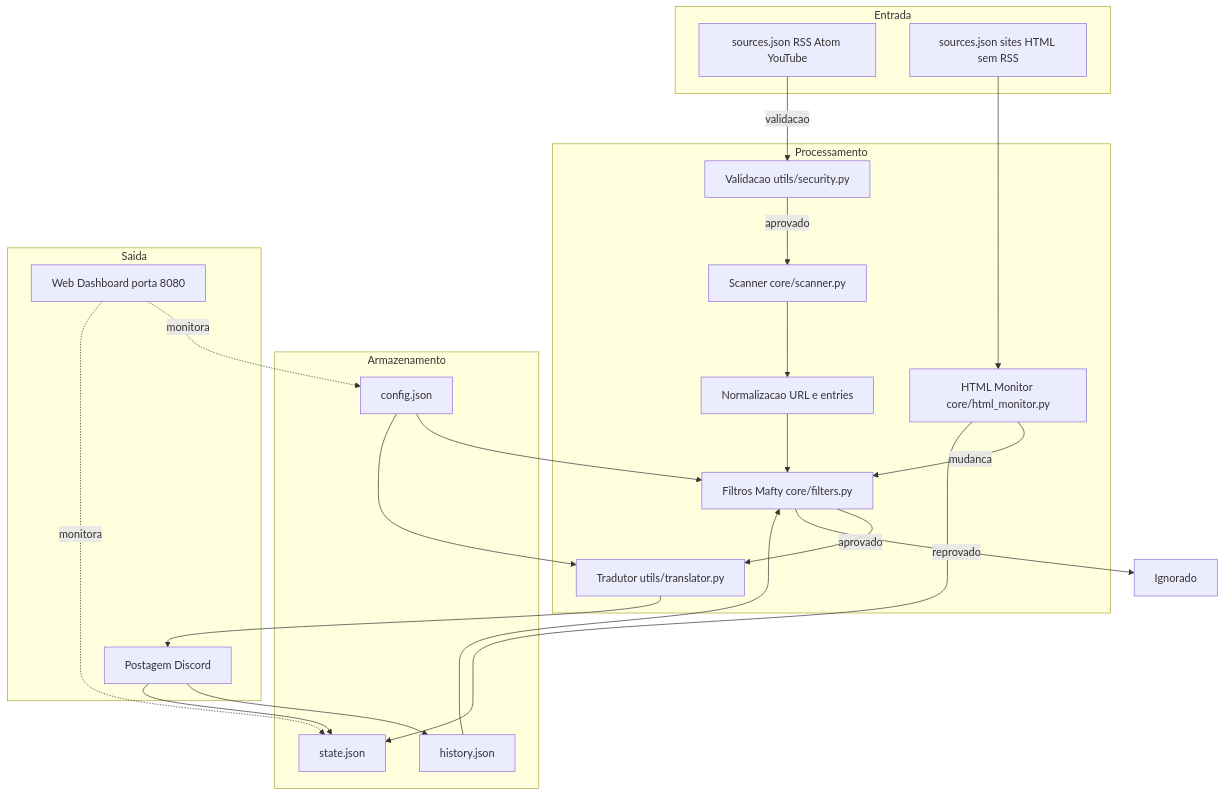
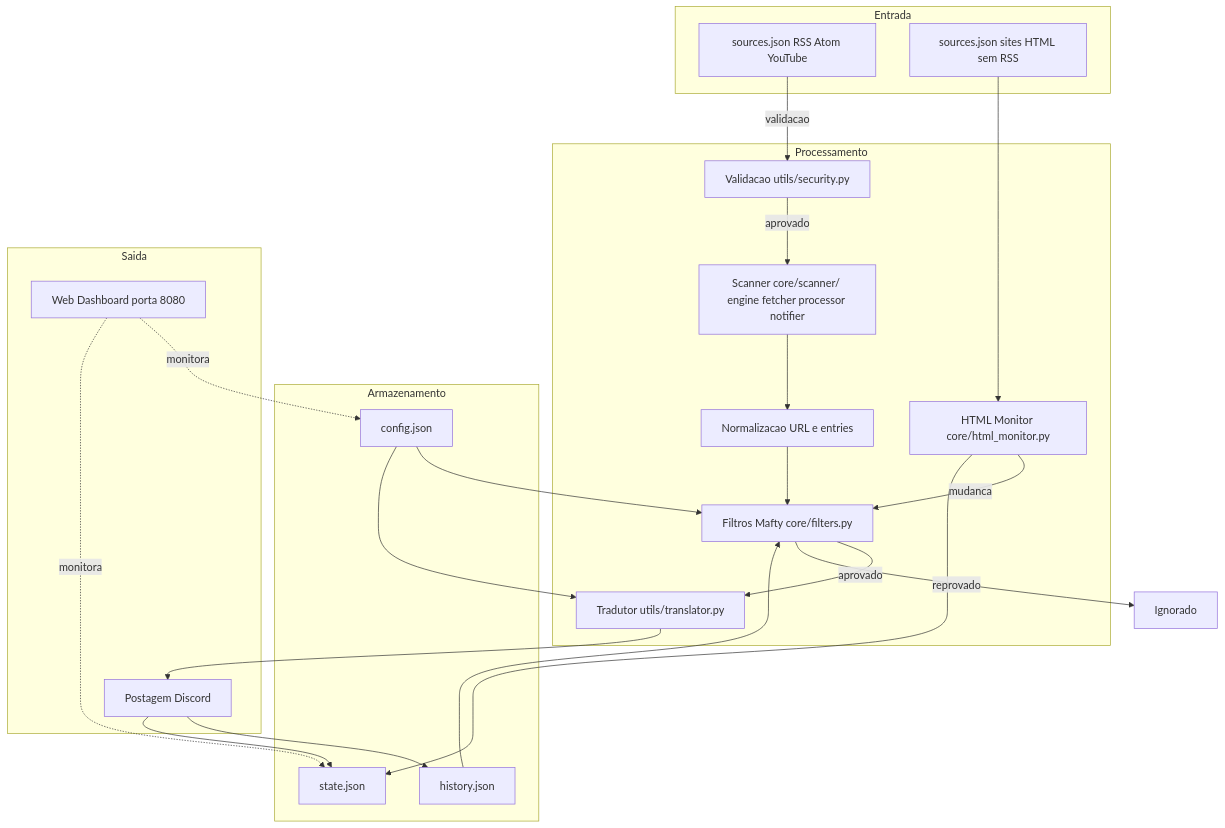
Before and after one commit to carmipa/gundam-news-discord: the first of 5 diagrams in docs/ARCHITECTURE.md, drawn with Mermaid. The commit also changed other lines of this file and 8 other files, not shown here.

Commit message:
feat: add project documentation, localization files, and core notifier component

````diff
--- a/docs/ARCHITECTURE.md
+++ b/docs/ARCHITECTURE.md
@@ -24,47 +24,47 @@
 ```mermaid
 flowchart TB
     subgraph ent["Entrada"]
         A["sources.json RSS Atom YouTube"]
         A2["sources.json sites HTML sem RSS"]
     end
 
     subgraph proc["Processamento"]
-        B["Scanner core/scanner.py"]
+        B["Scanner core/scanner/ engine fetcher processor notifier"]
         J["HTML Monitor core/html_monitor.py"]
         C["Normalizacao URL e entries"]
         D["Filtros Mafty core/filters.py"]
         E["Tradutor utils/translator.py"]
         S["Validacao utils/security.py"]
     end
 
     subgraph stor["Armazenamento"]
         H["config.json"]
         I["history.json"]
         K["state.json"]
     end
 
     subgraph out["Saida"]
         F["Postagem Discord"]
         W["Web Dashboard porta 8080"]
     end
 
     A -->|validacao| S
     S -->|aprovado| B
     A2 --> J
     B --> C
     J -->|mudanca| D
     C --> D
     D -->|aprovado| E
     D -->|reprovado| G["Ignorado"]
     E --> F
 
     H --> D
     H --> E
     I --> D
     F --> I
     F --> K
     J --> K
 
     W -.->|monitora| H
     W -.->|monitora| K
 ```
````
